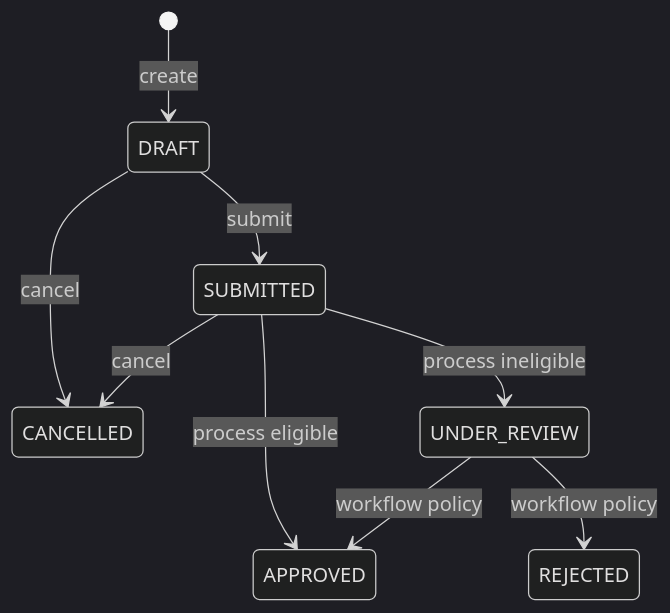
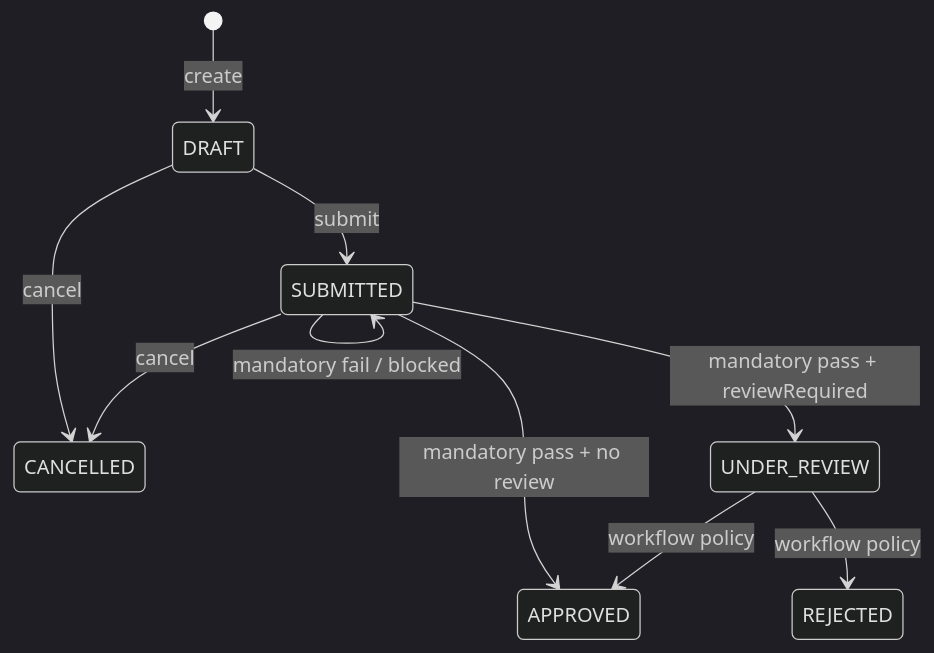
The second of 2 diagrams in docs/workflow-design.md (Mikokoomi/digital-account-opening), drawn with Mermaid (dark theme) before and after one commit. The commit also changed other lines of this file and 42 other files, not shown here.

````diff
--- a/docs/workflow-design.md
+++ b/docs/workflow-design.md
@@ -38,11 +41,12 @@
 ```mermaid
 stateDiagram-v2
     [*] --> DRAFT: create
     DRAFT --> SUBMITTED: submit
     DRAFT --> CANCELLED: cancel
     SUBMITTED --> CANCELLED: cancel
-    SUBMITTED --> APPROVED: process eligible
-    SUBMITTED --> UNDER_REVIEW: process ineligible
+    SUBMITTED --> SUBMITTED: mandatory fail / blocked
+    SUBMITTED --> APPROVED: mandatory pass + no review
+    SUBMITTED --> UNDER_REVIEW: mandatory pass + reviewRequired
     UNDER_REVIEW --> APPROVED: workflow policy
     UNDER_REVIEW --> REJECTED: workflow policy
 ```
````
